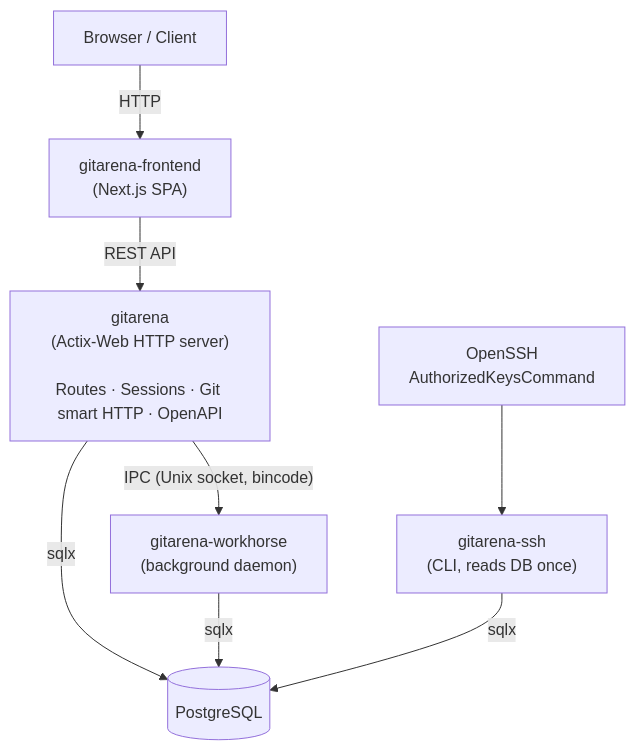
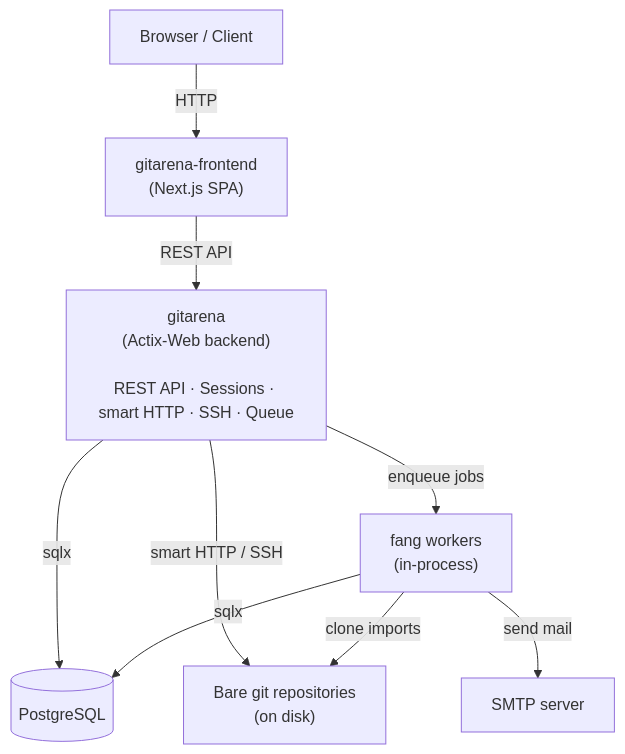
Before and after one commit to mellowagain/gitarena: the diagram in docs/architecture/overview.mdx, drawn with Mermaid. The commit also changed other lines of this file and 28 other files, not shown here.

````diff
--- a/docs/architecture/overview.mdx
+++ b/docs/architecture/overview.mdx
@@ -10,18 +10,19 @@
 ```mermaid
 flowchart TD
     Browser["Browser / Client"]
     Frontend["gitarena-frontend\n(Next.js SPA)"]
-    Backend["gitarena\n(Actix-Web HTTP server)\n\nRoutes · Sessions · Git smart HTTP · OpenAPI"]
+    Backend["gitarena\n(Actix-Web backend)\n\nREST API · Sessions · smart HTTP · SSH · Queue"]
     DB[(PostgreSQL)]
-    Workhorse["gitarena-workhorse\n(background daemon)"]
-    SSH["gitarena-ssh\n(CLI, reads DB once)"]
-    OpenSSH["OpenSSH\nAuthorizedKeysCommand"]
+    Queue["fang workers\n(in-process)"]
+    Git["Bare git repositories\n(on disk)"]
+    SMTP["SMTP server"]
 
     Browser -->|HTTP| Frontend
     Frontend -->|REST API| Backend
     Backend -->|sqlx| DB
-    Backend -->|"IPC (Unix socket, bincode)"| Workhorse
-    Workhorse -->|sqlx| DB
-    OpenSSH --> SSH
-    SSH -->|sqlx| DB
+    Backend -->|smart HTTP / SSH| Git
+    Backend -->|enqueue jobs| Queue
+    Queue -->|sqlx| DB
+    Queue -->|clone imports| Git
+    Queue -->|send mail| SMTP
 ```
````
